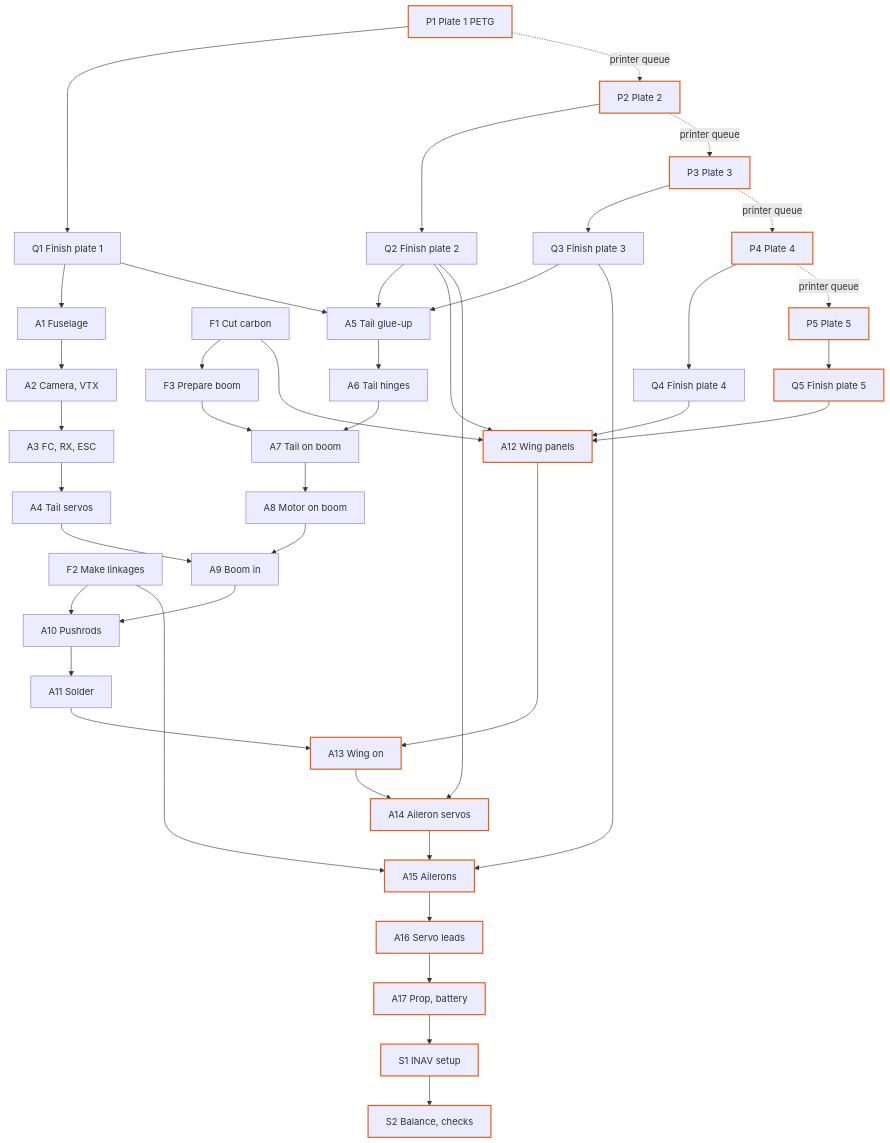
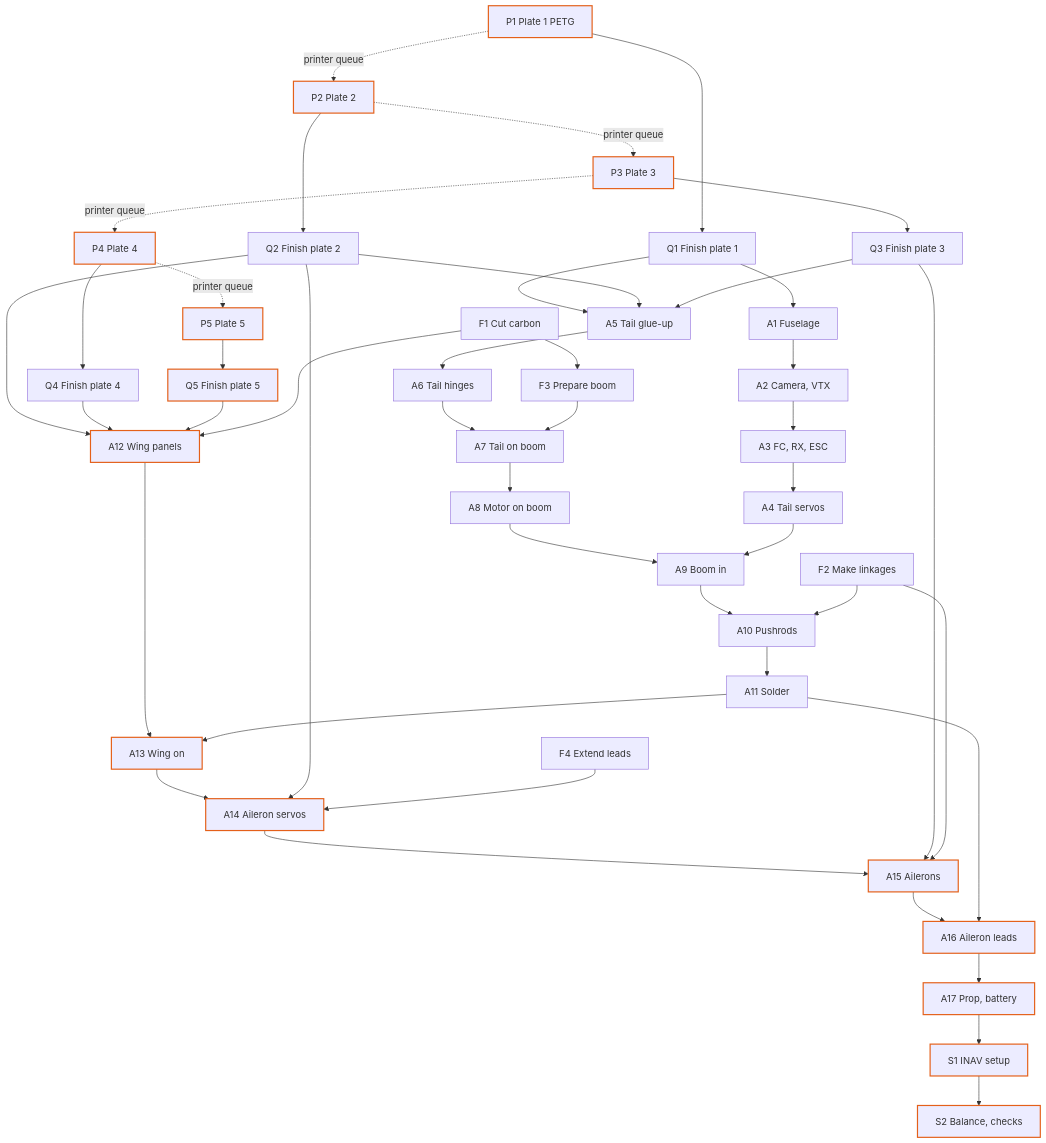
Before and after one commit to henriharmaala1-source/Assembly-grapher: the diagram in airframe/variants/single-boom/BOP.md, drawn with Mermaid. The commit also changed other lines of this file and 38 other files, not shown here.

````diff
--- a/airframe/variants/single-boom/BOP.md
+++ b/airframe/variants/single-boom/BOP.md
@@ -19,78 +19,81 @@
 ```mermaid
 flowchart TB
   P1["P1 Plate 1 PETG"]
   P2["P2 Plate 2"]
   P3["P3 Plate 3"]
   P4["P4 Plate 4"]
   P5["P5 Plate 5"]
   F1["F1 Cut carbon"]
   F2["F2 Make linkages"]
   F3["F3 Prepare boom"]
+  F4["F4 Extend leads"]
   Q1["Q1 Finish plate 1"]
   Q2["Q2 Finish plate 2"]
   Q3["Q3 Finish plate 3"]
   Q4["Q4 Finish plate 4"]
   Q5["Q5 Finish plate 5"]
   A1["A1 Fuselage"]
   A2["A2 Camera, VTX"]
   A3["A3 FC, RX, ESC"]
   A4["A4 Tail servos"]
   A5["A5 Tail glue-up"]
   A6["A6 Tail hinges"]
   A7["A7 Tail on boom"]
   A8["A8 Motor on boom"]
   A9["A9 Boom in"]
   A10["A10 Pushrods"]
   A11["A11 Solder"]
   A12["A12 Wing panels"]
   A13["A13 Wing on"]
   A14["A14 Aileron servos"]
   A15["A15 Ailerons"]
-  A16["A16 Servo leads"]
+  A16["A16 Aileron leads"]
   A17["A17 Prop, battery"]
   S1["S1 INAV setup"]
   S2["S2 Balance, checks"]
   F1 --> F3
   P1 --> Q1
   P2 --> Q2
   P3 --> Q3
   P4 --> Q4
   P5 --> Q5
   Q1 --> A1
   A1 --> A2
   A2 --> A3
   A3 --> A4
   Q1 --> A5
   Q2 --> A5
   Q3 --> A5
   A5 --> A6
   A6 --> A7
   F3 --> A7
   A7 --> A8
   A8 --> A9
   A4 --> A9
   A9 --> A10
   F2 --> A10
   A10 --> A11
   Q2 --> A12
   Q4 --> A12
   Q5 --> A12
   F1 --> A12
   A12 --> A13
   A11 --> A13
   A13 --> A14
   Q2 --> A14
+  F4 --> A14
   A14 --> A15
   Q3 --> A15
   F2 --> A15
   A15 --> A16
+  A11 --> A16
   A16 --> A17
   A17 --> S1
   S1 --> S2
   P1 -. printer queue .-> P2
   P2 -. printer queue .-> P3
   P3 -. printer queue .-> P4
   P4 -. printer queue .-> P5
   classDef crit stroke:#E4601A,stroke-width:2px
   class P1,P2,P3,P4,P5,Q5,A12,A13,A14,A15,A16,A17,S1,S2 crit
 ```
````
